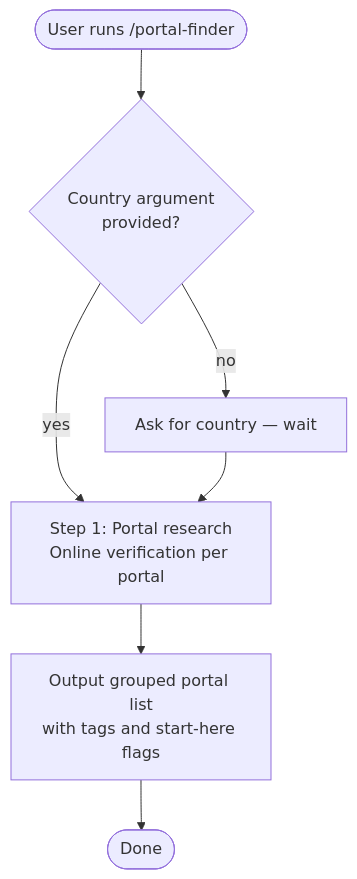
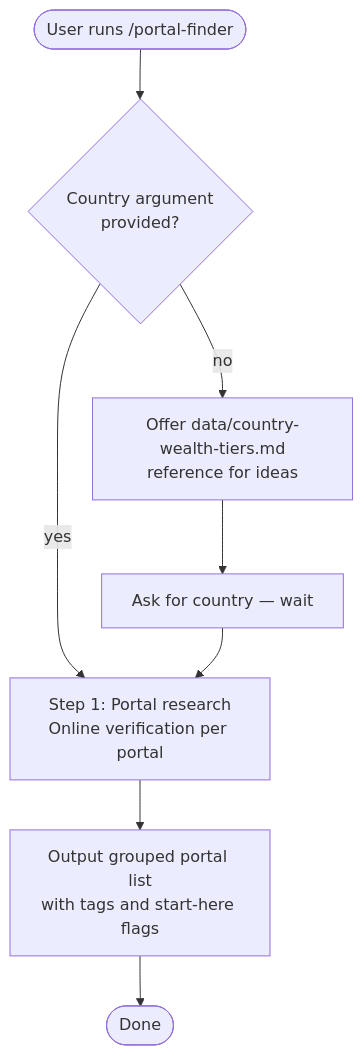
The diagram in docs/commands/portal-finder.md (myowinthein/agent-compass), drawn with Mermaid before and after one commit. The commit also changed other lines of this file and 12 other files, not shown here.

First line of the commit message:
feat(country-finder): offer wealth-tier reference and reuse saved country list

````diff
--- a/docs/commands/portal-finder.md
+++ b/docs/commands/portal-finder.md
@@ -23,10 +23,11 @@
 ```mermaid
 flowchart TD
   Start([User runs /portal-finder]) --> CountryCheck{Country argument\nprovided?}
   CountryCheck -->|yes| S1
-  CountryCheck -->|no| AskCountry[Ask for country — wait]
+  CountryCheck -->|no| OfferTiers[Offer data/country-wealth-tiers.md\nreference for ideas]
+  OfferTiers --> AskCountry[Ask for country — wait]
   AskCountry --> S1
 
   S1[Step 1: Portal research\nOnline verification per portal] --> Output[Output grouped portal list\nwith tags and start-here flags]
   Output --> Done([Done])
 ```
````
